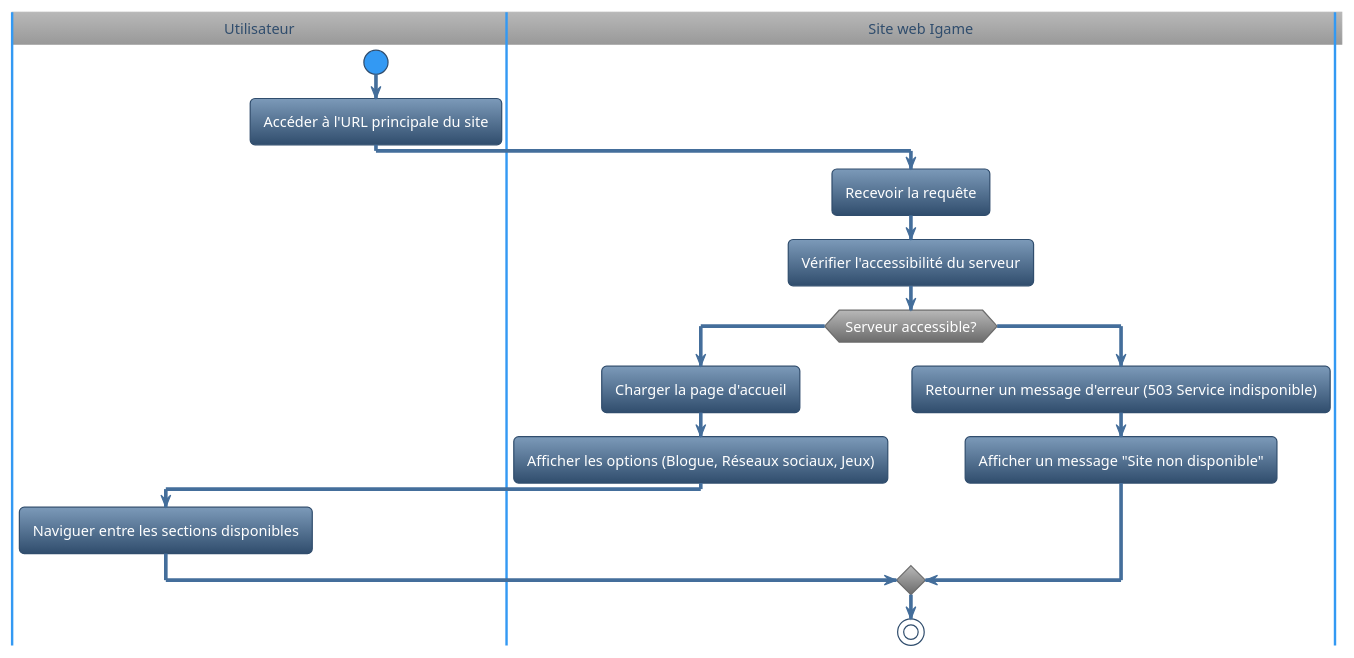
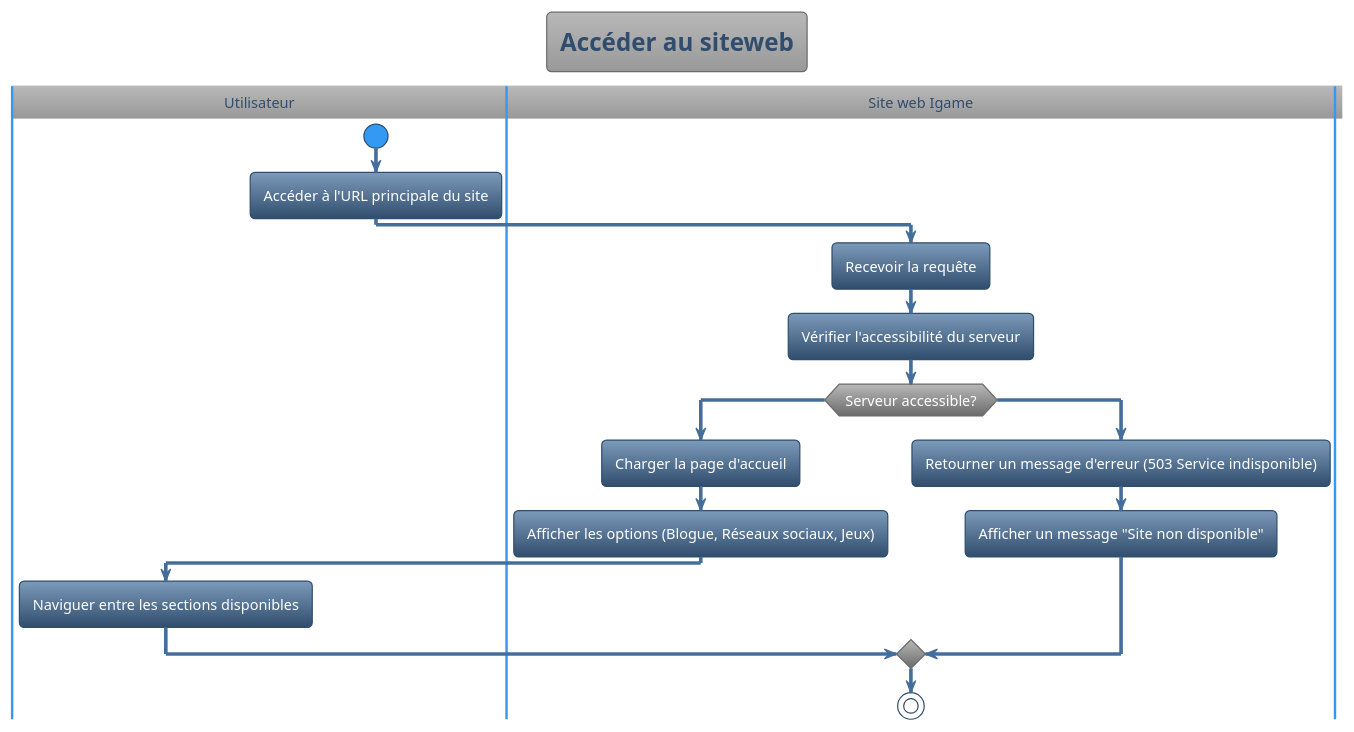
The diagram in UC1_accesSiteWeb.puml (Jacob-Cossette/GTI510), drawn with PlantUML before and after one commit. The commit also changed 28 other files, not shown here.

```diff
--- a/UC1_accesSiteWeb.puml
+++ b/UC1_accesSiteWeb.puml
@@ -1,20 +1,21 @@
 @startuml
 !theme spacelab
+title Accéder au siteweb
 |Utilisateur|
 start
 :Accéder à l'URL principale du site;
 |Site web Igame|
 :Recevoir la requête;
 :Vérifier l'accessibilité du serveur;
 if (Serveur accessible?) then (Oui)
   :Charger la page d'accueil; 
   :Afficher les options (Blogue, Réseaux sociaux, Jeux);
   |Utilisateur|
   :Naviguer entre les sections disponibles;
 else (Non)
   |Site web Igame|
   :Retourner un message d'erreur (503 Service indisponible);
   :Afficher un message "Site non disponible";
 endif
 stop
 @enduml
```
